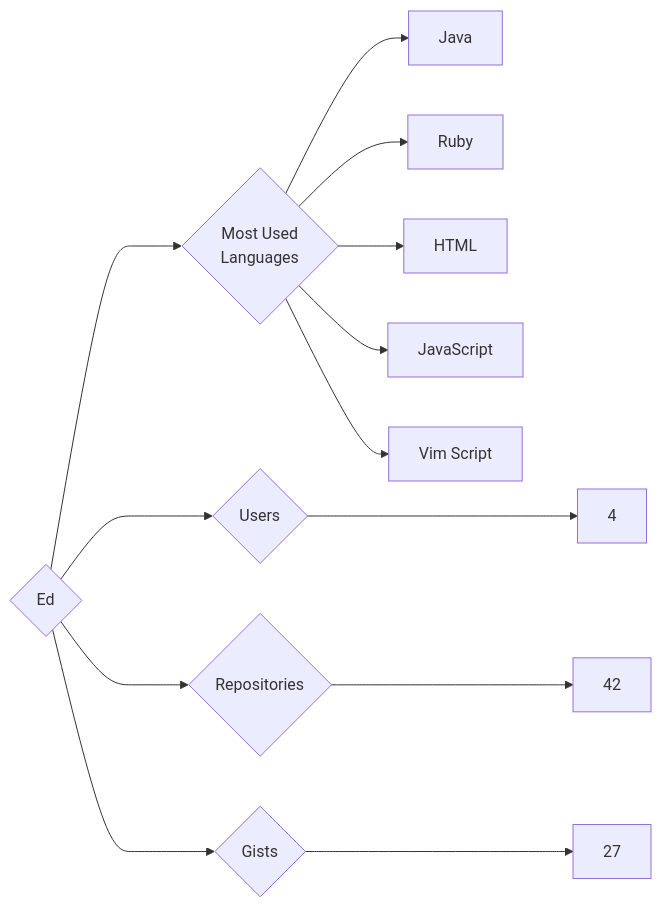
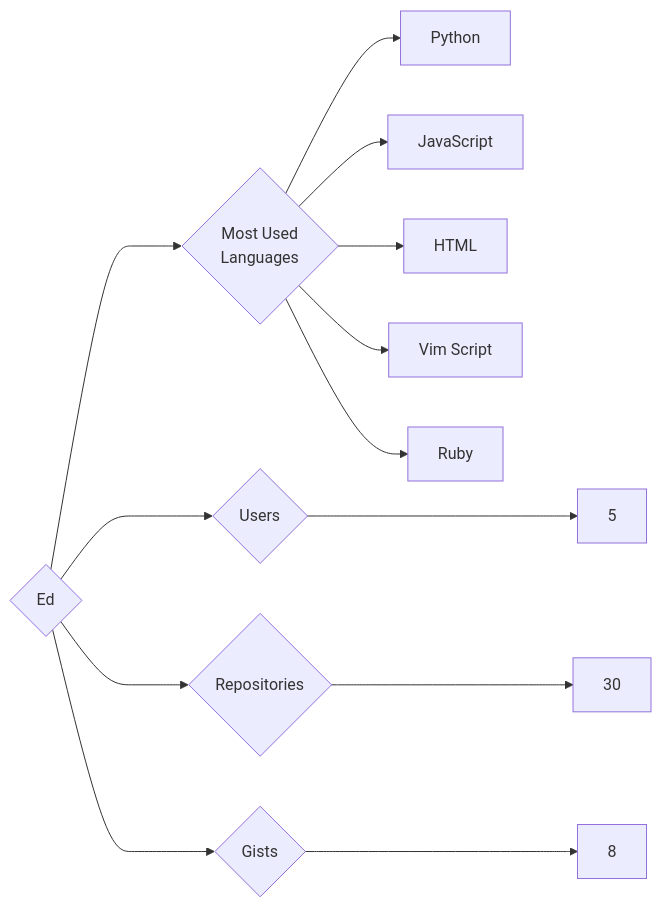
Before and after one commit to trickest/insiders: the diagram in targets/Ed/README.md, drawn with Mermaid. The commit also changed 553 other files, not shown here.

````diff
--- a/targets/Ed/README.md
+++ b/targets/Ed/README.md
@@ -3,13 +3,13 @@
 ```mermaid
 graph LR
 COMPANY_NAME{Ed}
-COMPANY_NAME ---> U{Users} ---> UN[4]
-COMPANY_NAME ---> R{Repositories} ---> RN[42]
-COMPANY_NAME ---> G{Gists} ---> GN[27]
+COMPANY_NAME ---> U{Users} ---> UN[5]
+COMPANY_NAME ---> R{Repositories} ---> RN[30]
+COMPANY_NAME ---> G{Gists} ---> GN[8]
 COMPANY_NAME ---> ML{Most Used<br>Languages}
-ML --> Java[Java]
+ML --> Python[Python]
+ML --> JavaScript[JavaScript]
+ML --> HTML[HTML]
+ML --> Vim_Script[Vim Script]
 ML --> Ruby[Ruby]
-ML --> HTML[HTML]
-ML --> JavaScript[JavaScript]
-ML --> Vim_Script[Vim Script]
 ```
````
